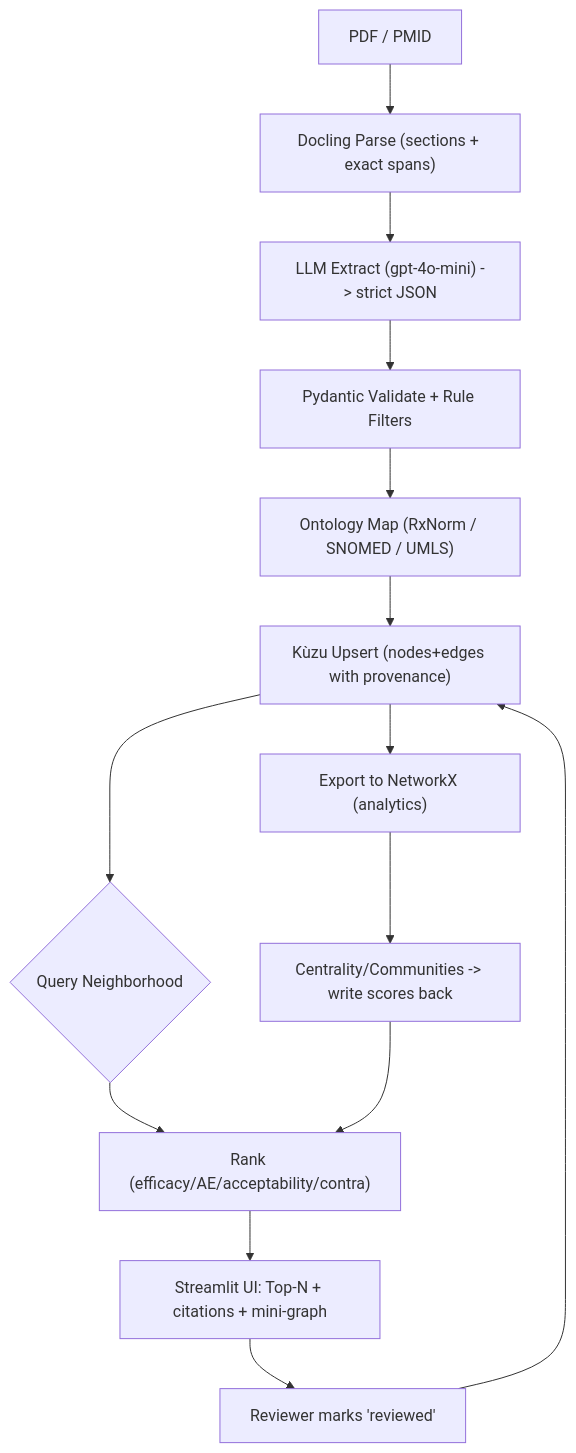
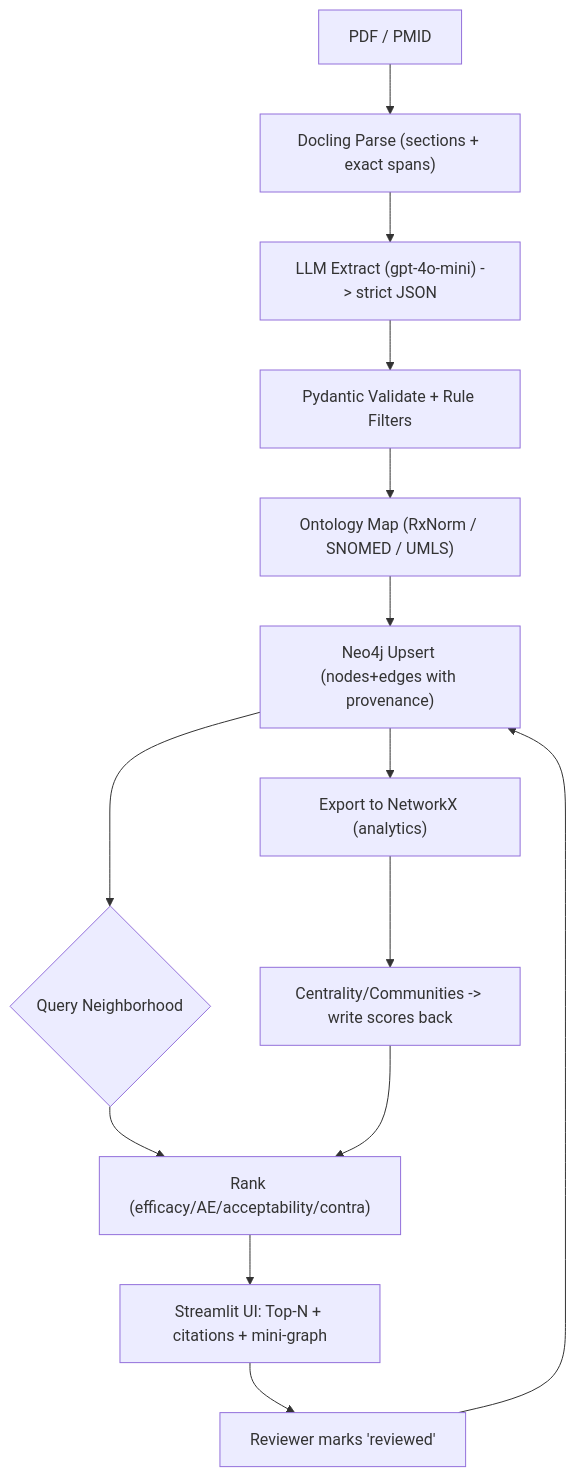
The diagram in README.md (aarondon1/Brightside-Health-1B), drawn with Mermaid before and after one commit. The commit also changed 28 other files, not shown here.

````diff
--- a/README.md
+++ b/README.md
@@ -17,18 +17,18 @@
 ```mermaid
 flowchart TD
   A[PDF / PMID] --> B["Docling Parse (sections + exact spans)"]
   B --> C["LLM Extract (gpt-4o-mini) -> strict JSON"]
   C --> D["Pydantic Validate + Rule Filters"]
   D --> E["Ontology Map (RxNorm / SNOMED / UMLS)"]
-  E --> F["Kùzu Upsert (nodes+edges with provenance)"]
+  E --> F["Neo4j Upsert (nodes+edges with provenance)"]
   F --> G{Query Neighborhood}
   G --> H["Rank (efficacy/AE/acceptability/contra)"]
   H --> I["Streamlit UI: Top-N + citations + mini-graph"]
   I --> J["Reviewer marks 'reviewed'"]
   J --> F
   F --> K["Export to NetworkX (analytics)"]
   K --> L["Centrality/Communities -> write scores back"]
   L --> H
 
 
 ```
````
